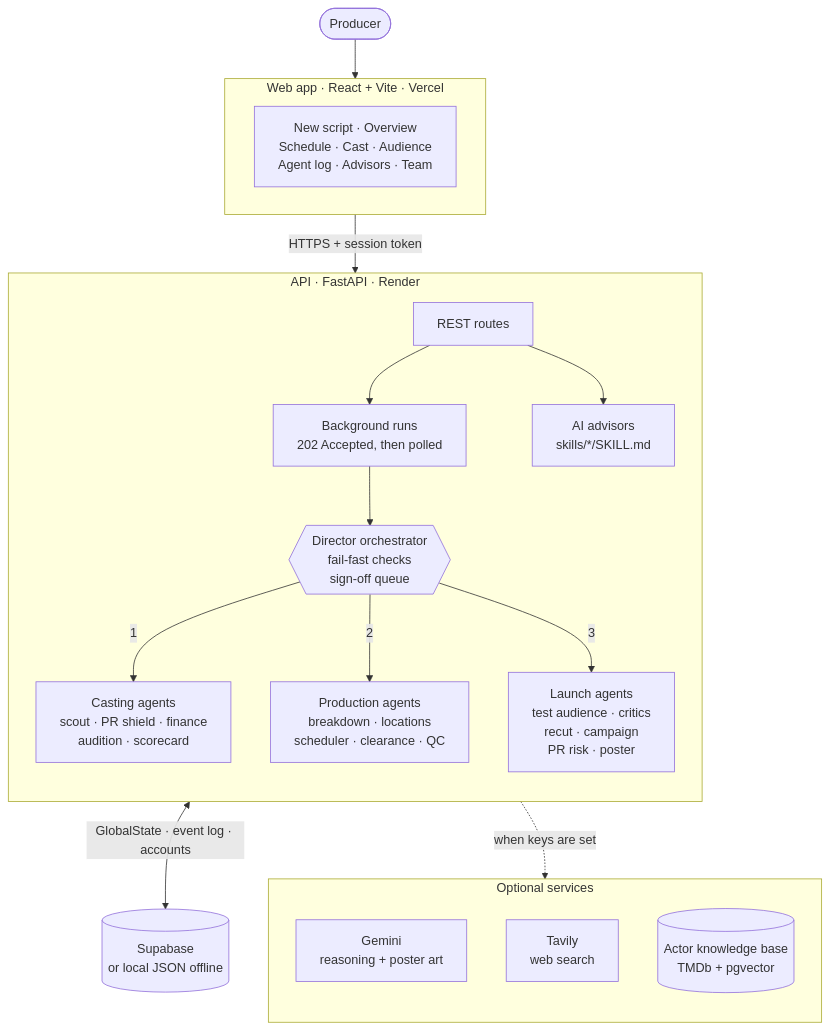
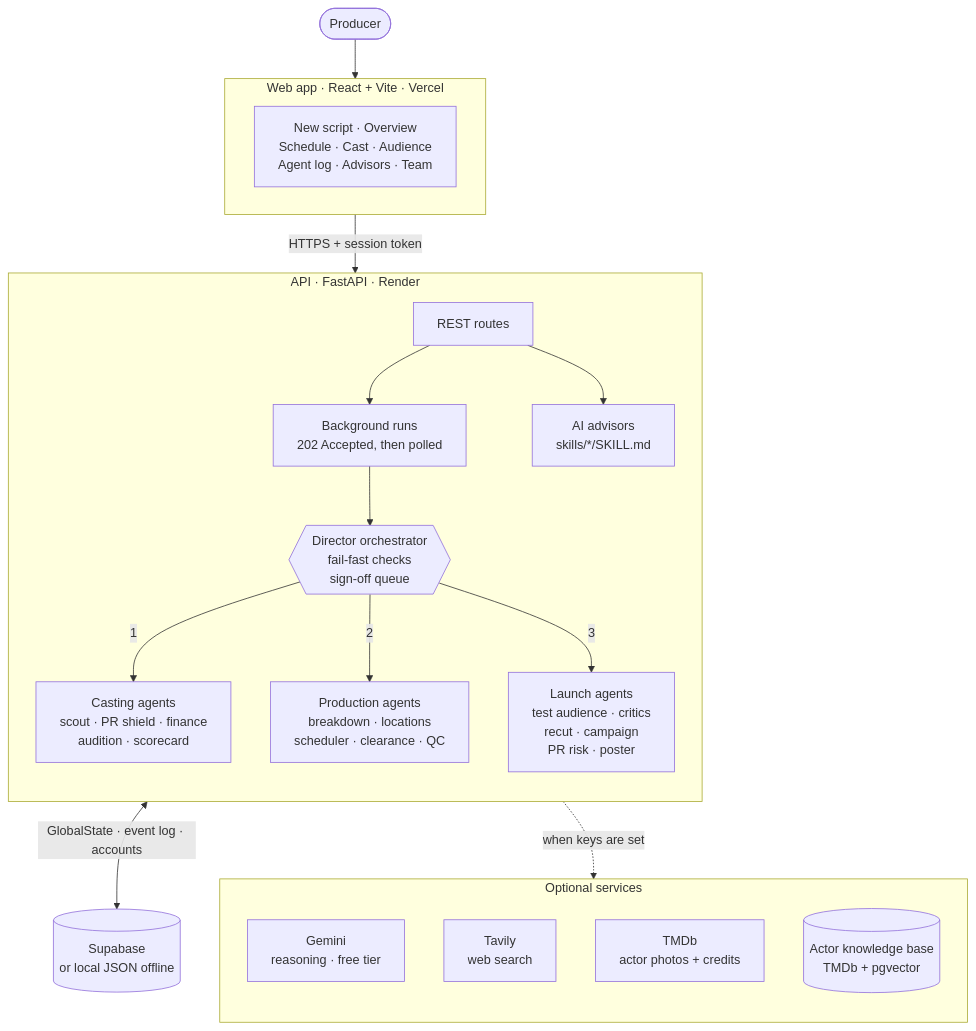
The first of 2 diagrams in README.md (sizzywizzy/Lumen), drawn with Mermaid before and after one commit. The commit also changed other lines of this file and 52 other files, not shown here.

````diff
--- a/README.md
+++ b/README.md
@@ -99,30 +99,31 @@
 ```mermaid
 flowchart TB
     producer(["Producer"]) --> web
 
     subgraph web["Web app · React + Vite · Vercel"]
         pages["New script · Overview<br/>Schedule · Cast · Audience<br/>Agent log · Advisors · Team"]
     end
 
     web -->|HTTPS + session token| api
 
     subgraph api["API · FastAPI · Render"]
         direction TB
         routes["REST routes"] --> runs["Background runs<br/>202 Accepted, then polled"]
         routes --> advisors["AI advisors<br/>skills/*/SKILL.md"]
         runs --> orch{{"Director orchestrator<br/>fail-fast checks<br/>sign-off queue"}}
         orch -->|1| casting["Casting agents<br/>scout · PR shield · finance<br/>audition · scorecard"]
         orch -->|2| production["Production agents<br/>breakdown · locations<br/>scheduler · clearance · QC"]
         orch -->|3| launch["Launch agents<br/>test audience · critics<br/>recut · campaign<br/>PR risk · poster"]
     end
 
     api <-->|GlobalState · event log · accounts| store[("Supabase<br/>or local JSON offline")]
     api -.->|when keys are set| ext
 
     subgraph ext["Optional services"]
         direction TB
-        gemini["Gemini<br/>reasoning + poster art"]
+        gemini["Gemini<br/>reasoning · free tier"]
         tavily["Tavily<br/>web search"]
+        tmdb["TMDb<br/>actor photos + credits"]
         kb[("Actor knowledge base<br/>TMDb + pgvector")]
     end
 ```
````
